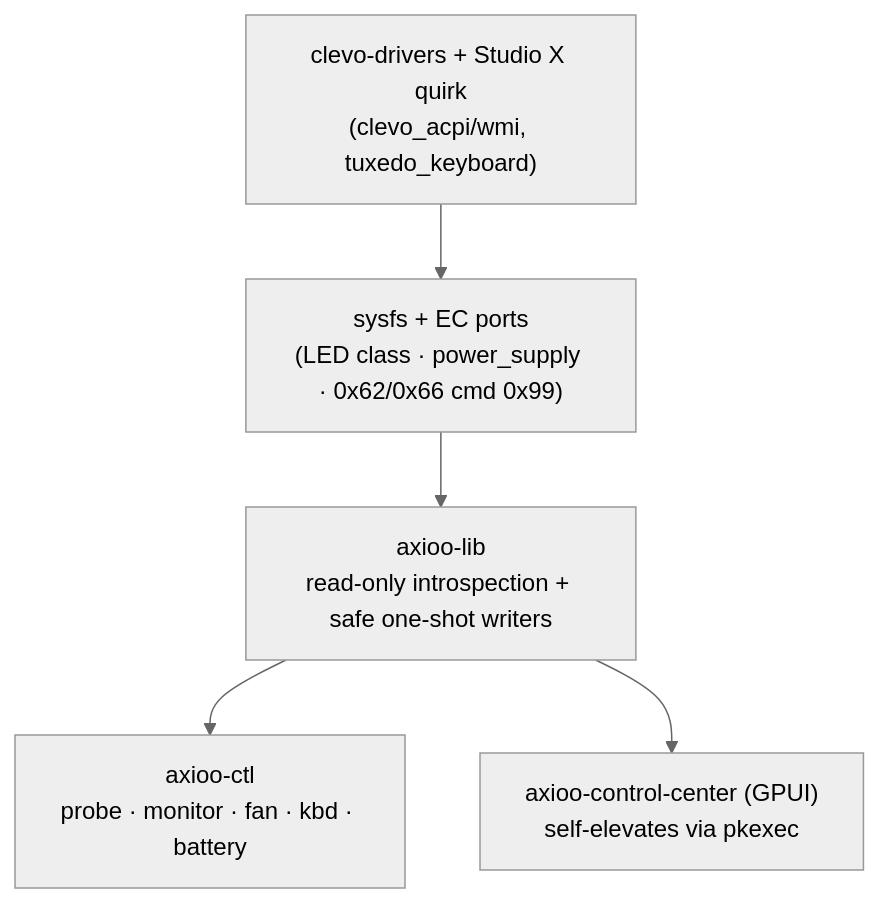
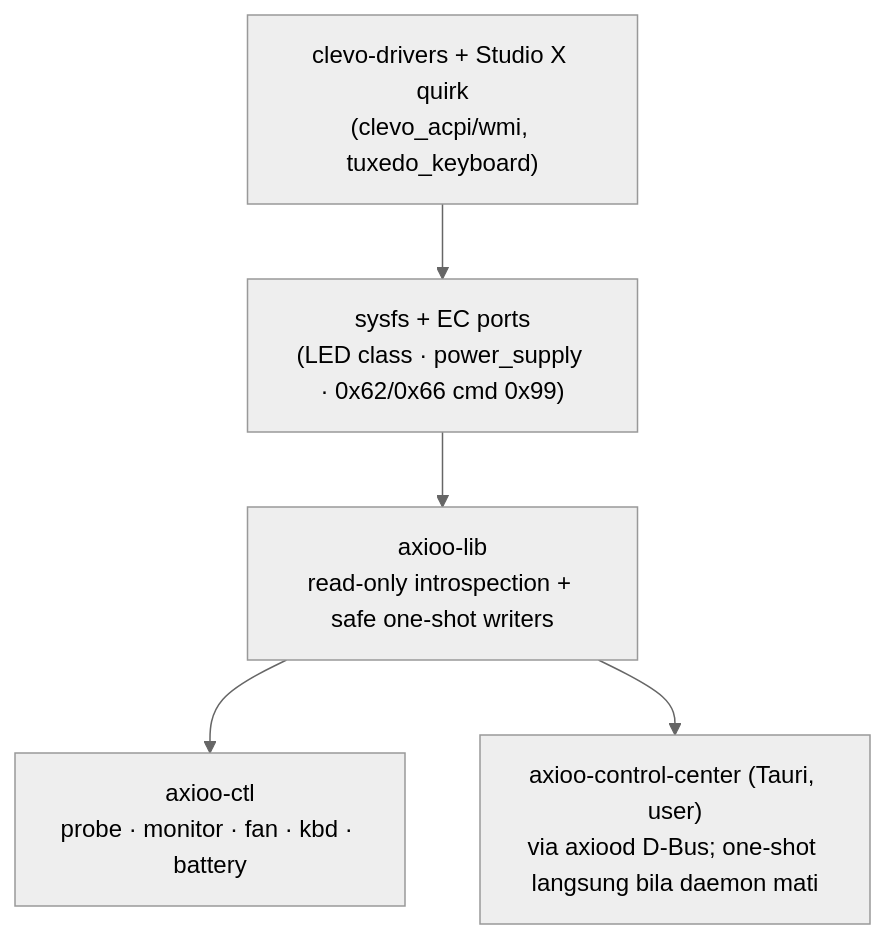
Before and after one commit to Araryarch67/axioo-control-center: the diagram in README.md, drawn with Mermaid (neutral theme). The commit also changed other lines of this file and 87 other files, not shown here.

````diff
--- a/README.md
+++ b/README.md
@@ -91,10 +96,10 @@
 ```mermaid
 flowchart TD
     DRV["clevo-drivers + Studio X quirk<br/>(clevo_acpi/wmi, tuxedo_keyboard)"]
     SYS["sysfs + EC ports<br/>(LED class · power_supply · 0x62/0x66 cmd 0x99)"]
     LIB["axioo-lib<br/>read-only introspection + safe one-shot writers"]
     CLI["axioo-ctl<br/>probe · monitor · fan · kbd · battery"]
-    GUI["axioo-control-center (GPUI)<br/>self-elevates via pkexec"]
+    GUI["axioo-control-center (Tauri, user)<br/>via axiood D-Bus; one-shot langsung bila daemon mati"]
     DRV --> SYS --> LIB --> CLI
     LIB --> GUI
 ```
````
